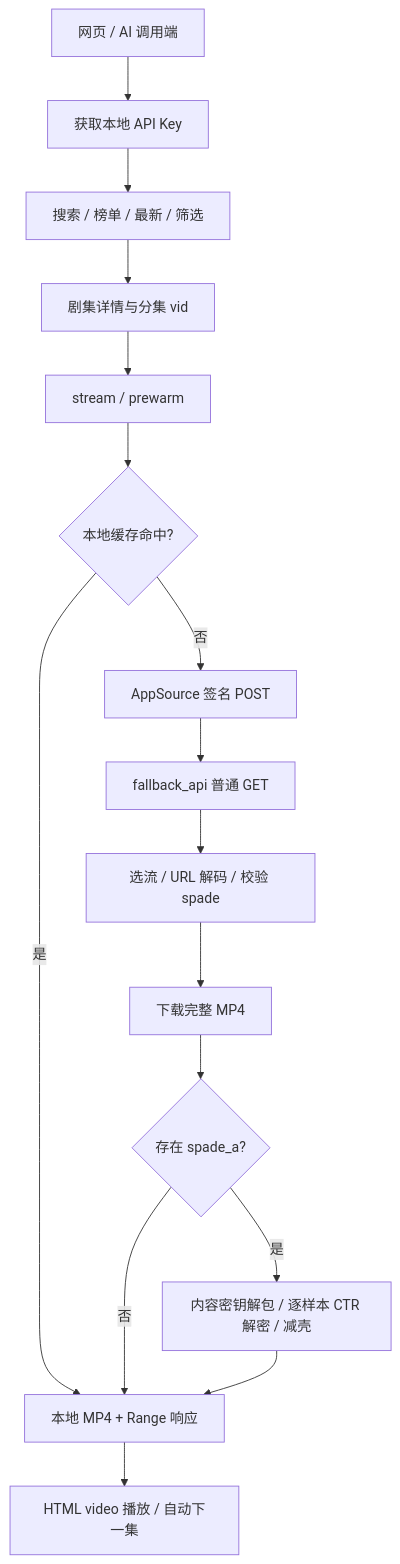
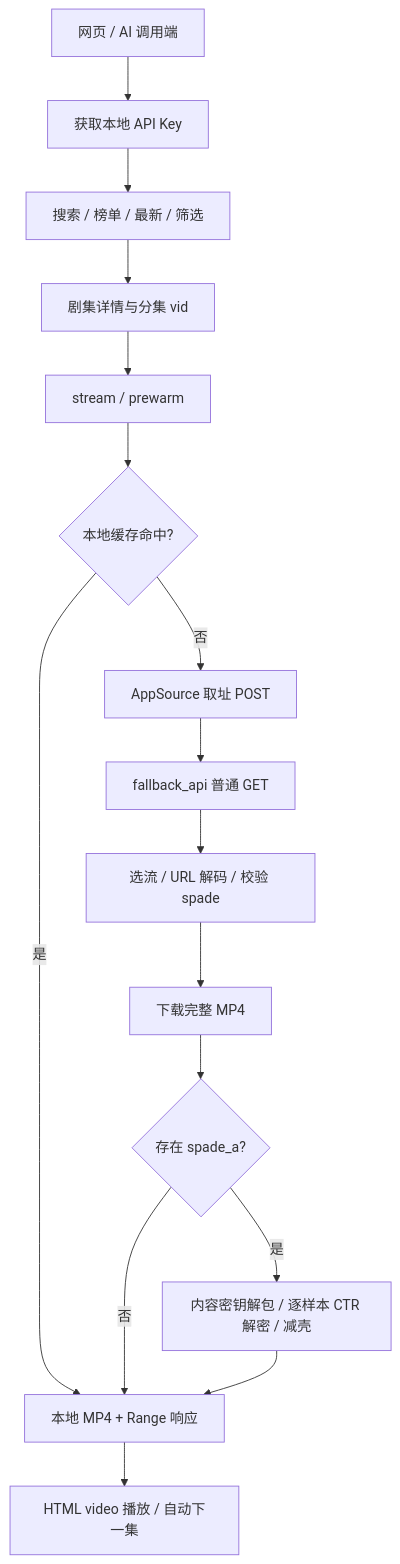
One commit to skeyboy/flutter_hongguo changed the diagram in docs/analysis/2026-10-19_流程与签名-hongguo-report.md. Above: the diagram before and after it, drawn with Mermaid. The commit also changed other lines of this file and 15 other files, not shown here.

````diff
--- a/docs/analysis/2026-10-19_流程与签名-hongguo-report.md
+++ b/docs/analysis/2026-10-19_流程与签名-hongguo-report.md
@@ -15,18 +15,18 @@
 ```mermaid
 flowchart TD
   U[网页 / AI 调用端] --> K[获取本地 API Key]
   K --> Q[搜索 / 榜单 / 最新 / 筛选]
   Q --> E[剧集详情与分集 vid]
   E --> S[stream / prewarm]
   S --> C{本地缓存命中?}
   C -->|是| R[本地 MP4 + Range 响应]
-  C -->|否| A[AppSource 签名 POST]
+  C -->|否| A[AppSource 取址 POST]
   A --> F[fallback_api 普通 GET]
   F --> V[选流 / URL 解码 / 校验 spade]
   V --> D[下载完整 MP4]
   D --> X{存在 spade_a?}
   X -->|是| Y[内容密钥解包 / 逐样本 CTR 解密 / 减壳]
   X -->|否| R
   Y --> R
   R --> P[HTML video 播放 / 自动下一集]
 ```
````
